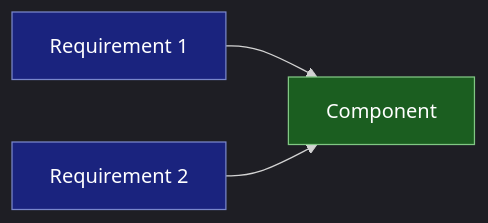
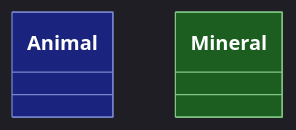
Diagram 21 of 51 in plugins/sdd-workflow/shared/references/mermaid_notation_rules.md (ToshikiImagawa/ai-sdd-workflow), drawn with Mermaid before and after one commit. The commit also changed other lines of this file and 2 other files, not shown here.

Commit message:
要件図の構文をMermaidの標準仕様に基づき全面更新し、関連記述を最新化。要素、属性、関係性定義の詳細例および記法ガイドを強化。

````diff
--- a/plugins/sdd-workflow/shared/references/mermaid_notation_rules.md
+++ b/plugins/sdd-workflow/shared/references/mermaid_notation_rules.md
@@ -290,13 +416,8 @@
 ```mermaid
 %%{init: {'theme': 'dark'}}%%
-flowchart LR
-    A[Requirement 1]:::req
-    B[Requirement 2]:::req
-    C[Component]:::block
-
-    A --> C
-    B --> C
-
-    classDef req fill:#1a237e,stroke:#7986cb,color:#fff
-    classDef block fill:#1b5e20,stroke:#81c784,color:#fff
+classDiagram
+    class Animal
+    class Mineral
+    style Animal fill:#1a237e,stroke:#7986cb,color:#fff
+    style Mineral fill:#1b5e20,stroke:#81c784,color:#fff
 ```
````
